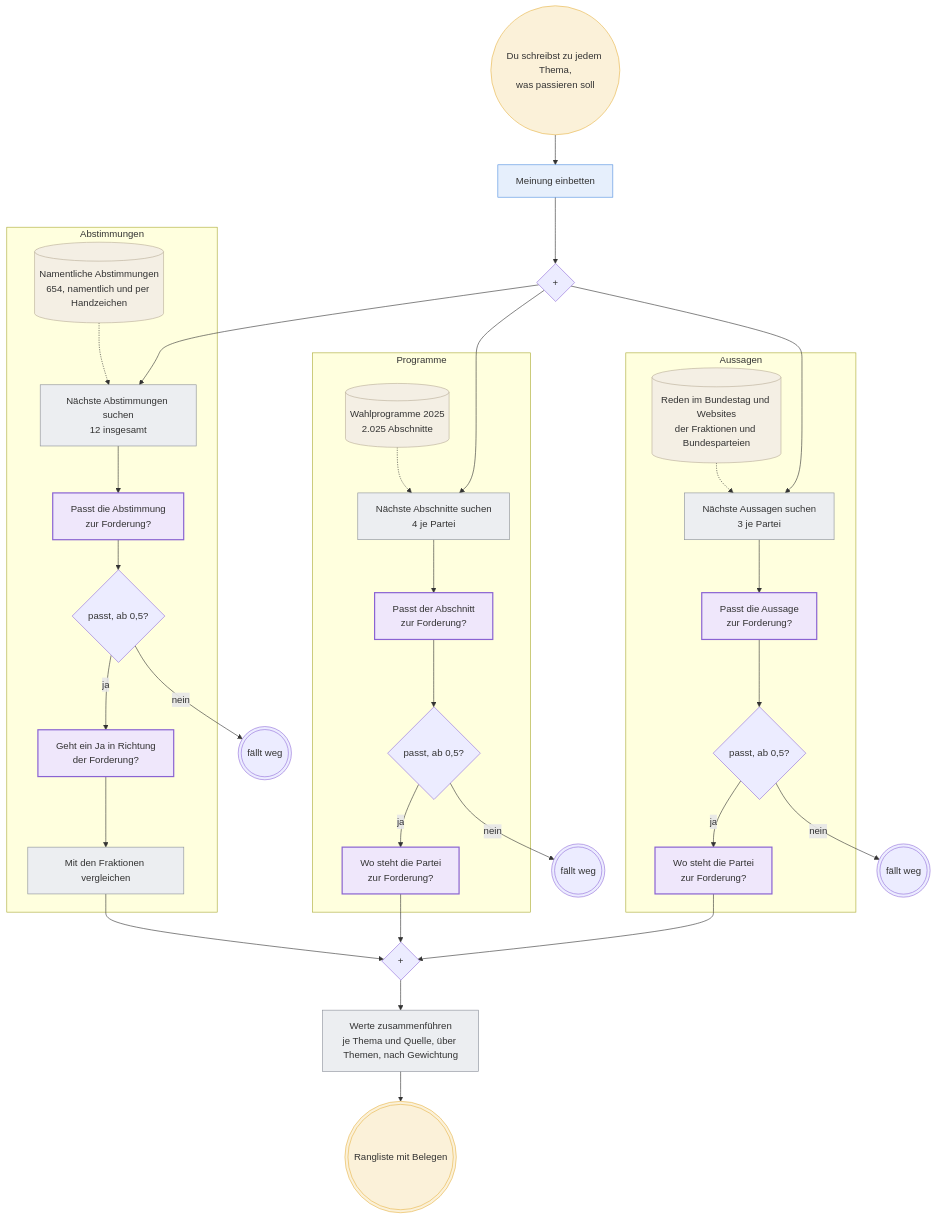
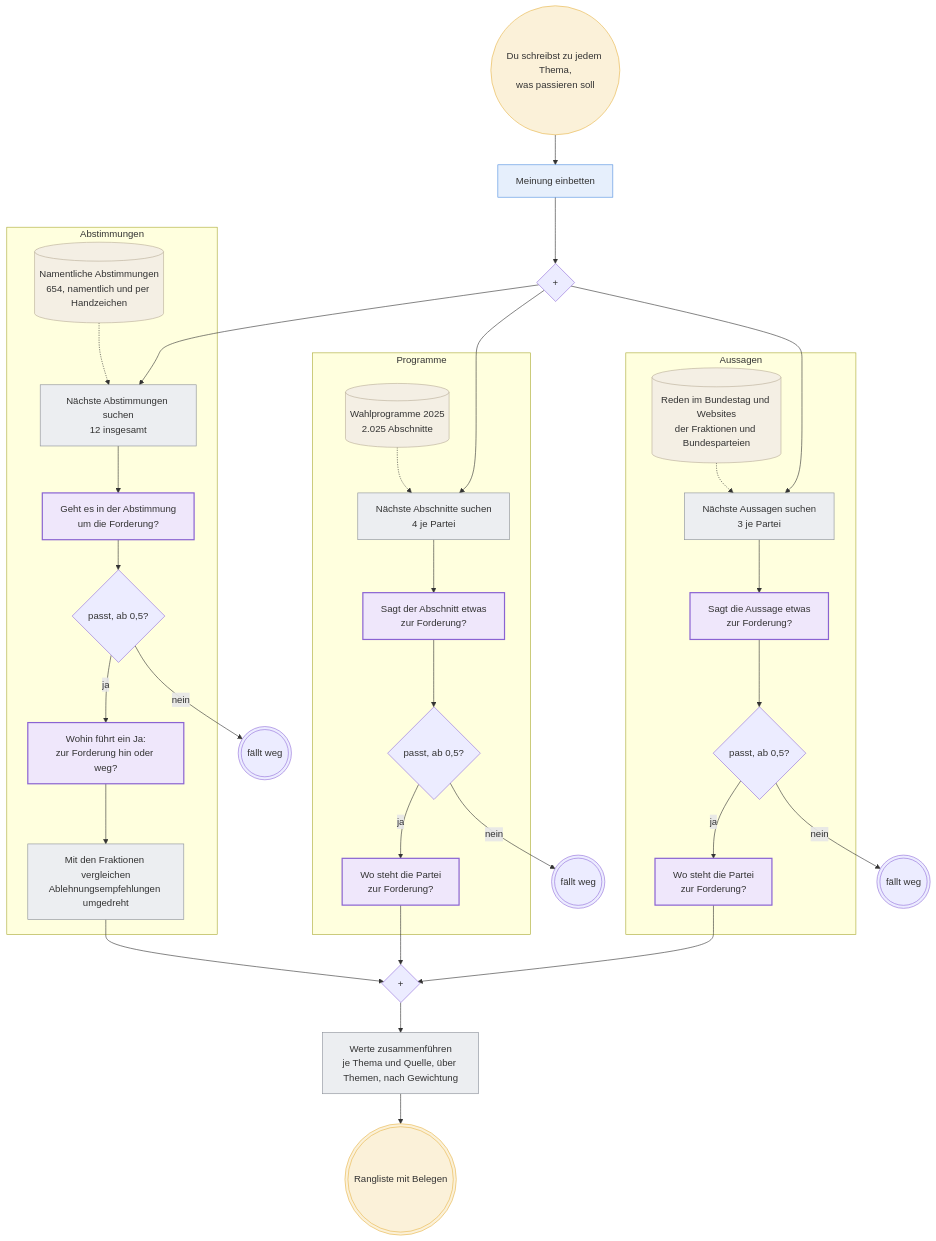
Before and after one commit to NicolasMahn/VotingAid: the diagram in docs/workflow.mmd, drawn with Mermaid. The commit also changed 2 other files, not shown here.

```diff
--- a/docs/workflow.mmd
+++ b/docs/workflow.mmd
@@ -1,52 +1,52 @@
 %% Voting Aid: from an opinion to the ranking. The same flow as workflow.html,
 %% as text: open it in mermaid.live, or import it into Excalidraw, draw.io or Miro.
 %% Circles are events, boxes tasks, diamonds decisions, cylinders data.
 flowchart TB
   start((Du schreibst zu jedem Thema,<br/>was passieren soll)):::person
   query[Meinung einbetten]:::voyage
   split{+}
   start --> query --> split
 
   subgraph Programme
     pdb[(Wahlprogramme 2025<br/>2.025 Abschnitte)]:::data
     psearch[Nächste Abschnitte suchen<br/>4 je Partei]:::code
-    prel[Passt der Abschnitt<br/>zur Forderung?]:::jev
+    prel[Sagt der Abschnitt etwas<br/>zur Forderung?]:::jev
     pgate{passt, ab 0,5?}
     pmatch[Wo steht die Partei<br/>zur Forderung?]:::jev
     pdb -.-> psearch --> prel --> pgate -->|ja| pmatch
   end
 
   subgraph Abstimmungen
     vdb[(Namentliche Abstimmungen<br/>654, namentlich und per Handzeichen)]:::data
     vsearch[Nächste Abstimmungen suchen<br/>12 insgesamt]:::code
-    vrel[Passt die Abstimmung<br/>zur Forderung?]:::jev
+    vrel[Geht es in der Abstimmung<br/>um die Forderung?]:::jev
     vgate{passt, ab 0,5?}
-    vdir[Geht ein Ja in Richtung<br/>der Forderung?]:::jev
-    vcompare[Mit den Fraktionen vergleichen]:::code
+    vdir[Wohin führt ein Ja:<br/>zur Forderung hin oder weg?]:::jev
+    vcompare[Mit den Fraktionen vergleichen<br/>Ablehnungsempfehlungen umgedreht]:::code
     vdb -.-> vsearch --> vrel --> vgate -->|ja| vdir --> vcompare
   end
 
   subgraph Aussagen
     sdb[(Reden im Bundestag und Websites<br/>der Fraktionen und Bundesparteien)]:::data
     ssearch[Nächste Aussagen suchen<br/>3 je Partei]:::code
-    srel[Passt die Aussage<br/>zur Forderung?]:::jev
+    srel[Sagt die Aussage etwas<br/>zur Forderung?]:::jev
     sgate{passt, ab 0,5?}
     smatch[Wo steht die Partei<br/>zur Forderung?]:::jev
     sdb -.-> ssearch --> srel --> sgate -->|ja| smatch
   end
 
   split --> psearch & vsearch & ssearch
   join{+}
   pmatch & vcompare & smatch --> join
   pgate -->|nein| pdrop(((fällt weg)))
   vgate -->|nein| vdrop(((fällt weg)))
   sgate -->|nein| sdrop(((fällt weg)))
   combine[Werte zusammenführen<br/>je Thema und Quelle, über Themen, nach Gewichtung]:::code
   done(((Rangliste mit Belegen))):::person
   join --> combine --> done
 
   classDef person fill:#fbf1d9,stroke:#e8b54a
   classDef voyage fill:#e6effc,stroke:#4f8fe0
   classDef jev fill:#efe7fb,stroke:#8a63d2,stroke-width:2px
   classDef code fill:#eceef1,stroke:#8a8f98
   classDef data fill:#f4efe4,stroke:#b9ae97
```
